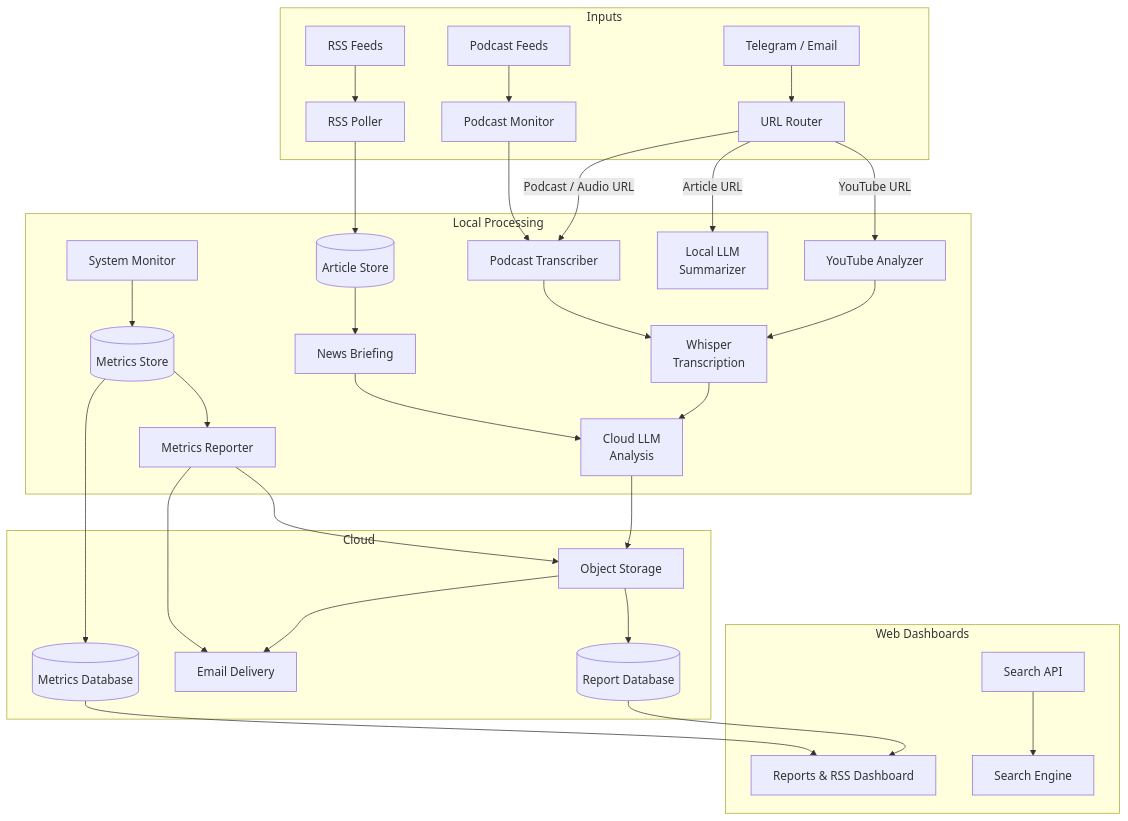
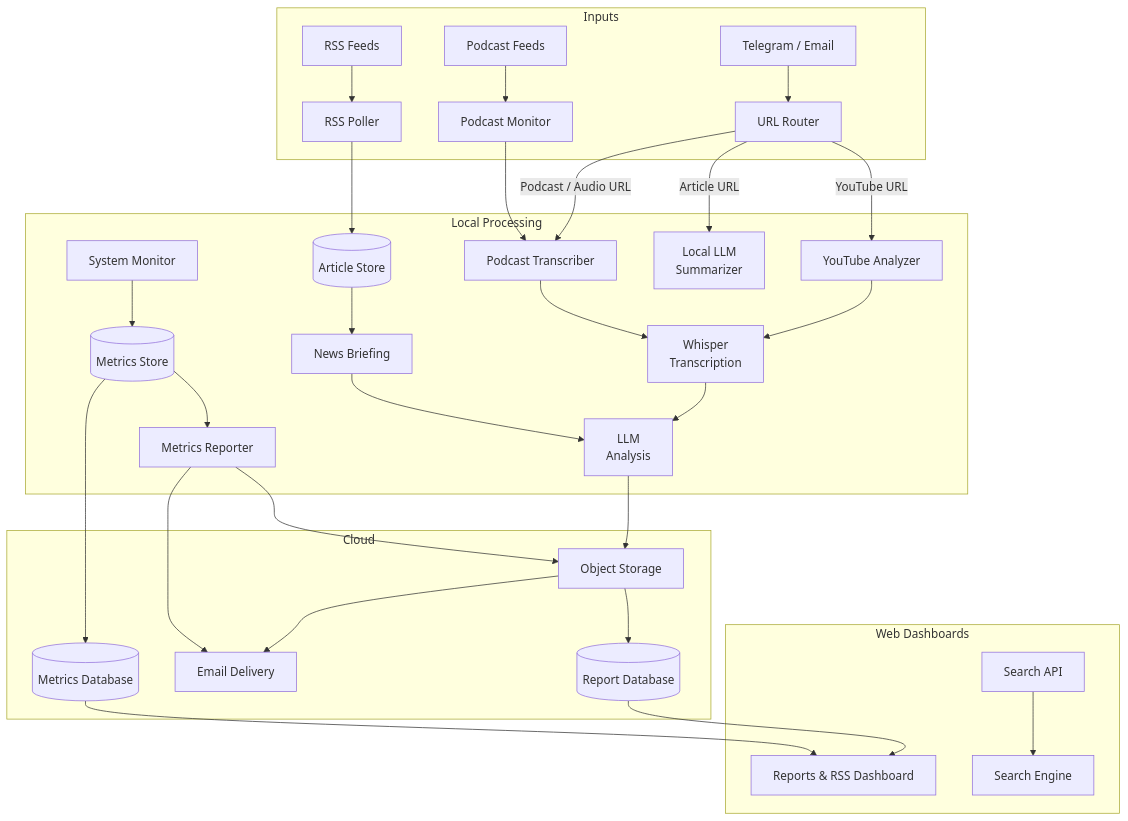
One commit to losmykie/botNotes-pub changed the diagram in README.md. Above: the diagram before and after it, drawn with Mermaid. The commit also changed other lines of this file, not shown here.

````diff
--- a/README.md
+++ b/README.md
@@ -11,38 +11,38 @@
 ```mermaid
 flowchart TD
     subgraph Inputs
         A[RSS Feeds] --> PF[RSS Poller]
         B[Telegram / Email] --> CE[URL Router]
         C[Podcast Feeds] --> CP[Podcast Monitor]
     end
 
     subgraph Processing["Local Processing"]
         PF --> DB[(Article Store)]
         DB --> GR[News Briefing]
         CE -->|YouTube URL| YT[YouTube Analyzer]
         CE -->|Podcast / Audio URL| PO[Podcast Transcriber]
         CE -->|Article URL| OL[Local LLM\nSummarizer]
         CP --> PO
         YT --> WH[Whisper\nTranscription]
         PO --> WH
-        WH --> OR[Cloud LLM\nAnalysis]
+        WH --> OR[LLM\nAnalysis]
         GR --> OR
         SYS[System Monitor] --> MDB[(Metrics Store)]
         MDB --> EM[Metrics Reporter]
     end
 
     subgraph Cloud["Cloud"]
         OR --> S3[Object Storage]
         S3 --> DDB[(Report Database)]
         S3 --> SES[Email Delivery]
         MDB --> DDB2[(Metrics Database)]
         EM --> S3
         EM --> SES
     end
 
     subgraph Dashboards["Web Dashboards"]
         DDB --> S7G[Reports & RSS Dashboard]
         DDB2 --> S7G
         EXT[Search API] --> S7B[Search Engine]
     end
 ```
````
